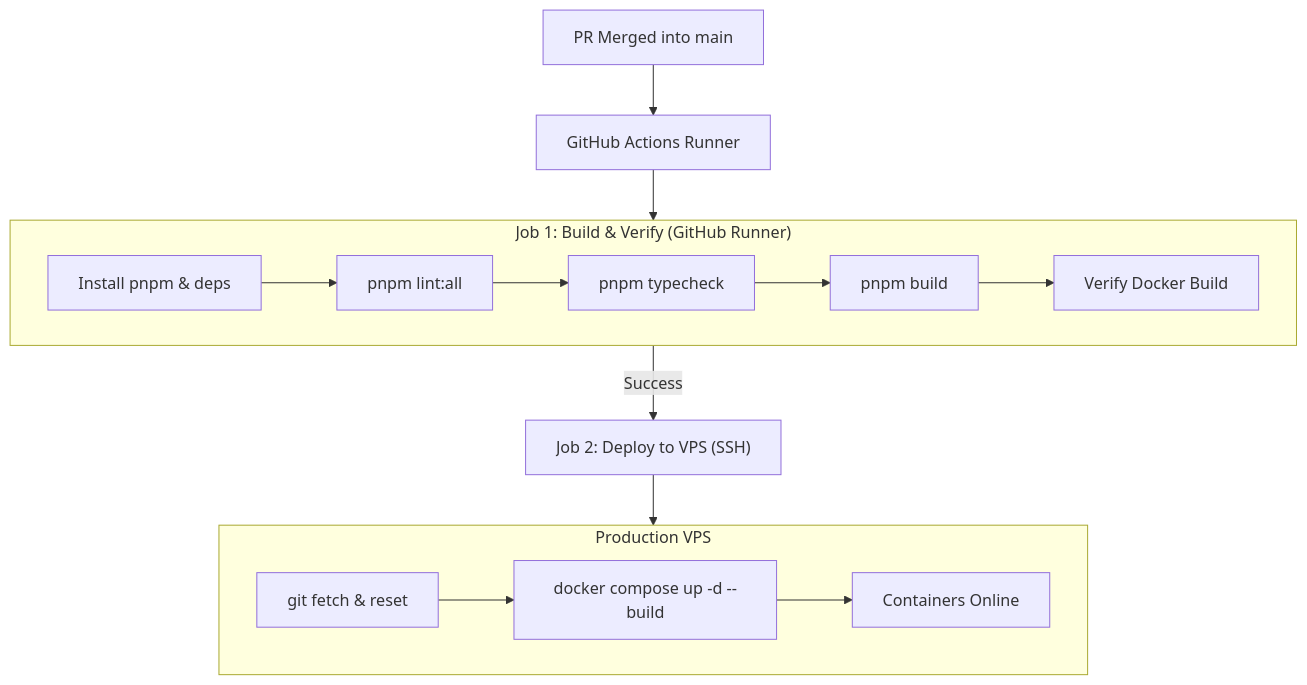
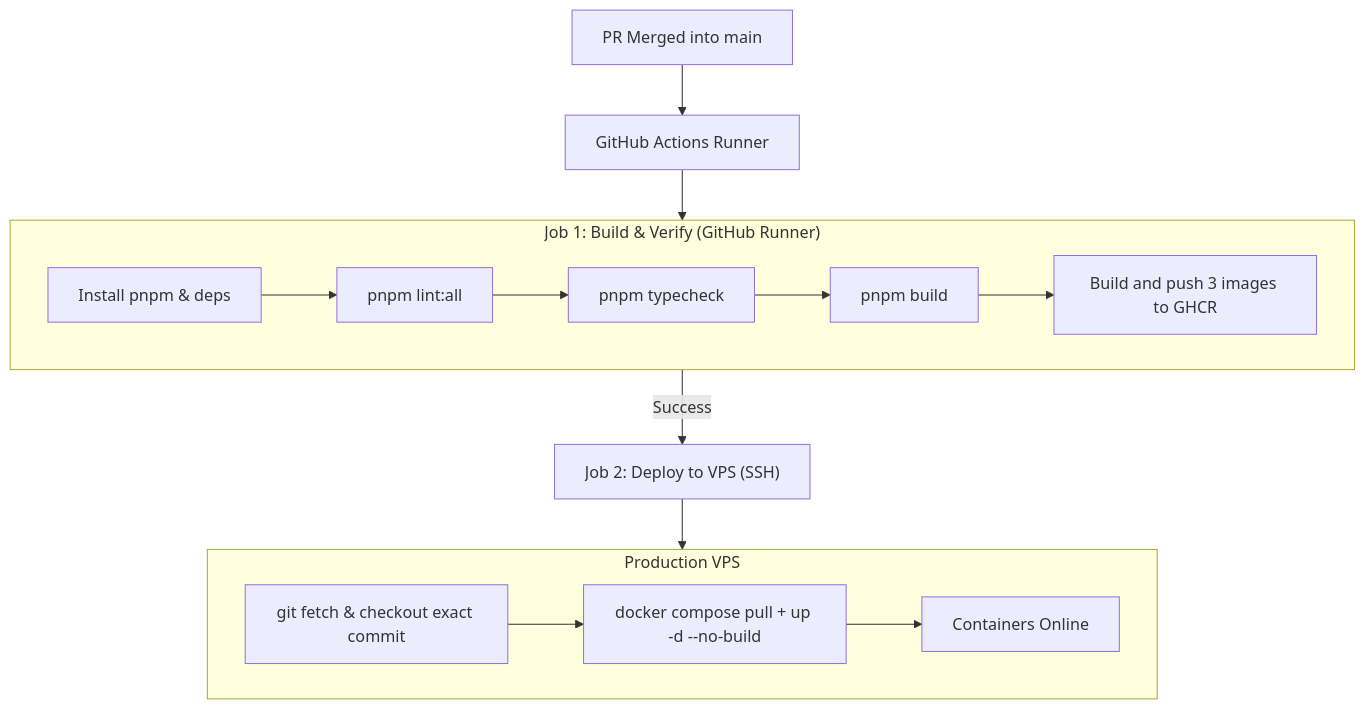
The diagram in docs/4.deployment-guide.md (electro-commerce/oneselfbd), drawn with Mermaid before and after one commit. The commit also changed other lines of this file and 1 other file, not shown here.

Commit message:
docs(deploy): document GHCR images and build-time configuration

````diff
--- a/docs/4.deployment-guide.md
+++ b/docs/4.deployment-guide.md
@@ -11,21 +11,21 @@
 ```mermaid
 flowchart TD
     PR["PR Merged into main"] --> GHA["GitHub Actions Runner"]
     
     subgraph Build ["Job 1: Build & Verify (GitHub Runner)"]
         Deps["Install pnpm & deps"] --> Lint["pnpm lint:all"]
         Lint --> Typecheck["pnpm typecheck"]
         Typecheck --> BuildApp["pnpm build"]
-        BuildApp --> VerifyDocker["Verify Docker Build"]
+        BuildApp --> VerifyDocker["Build and push 3 images to GHCR"]
     end
     
     GHA --> Build
     Build -->|Success| Deploy["Job 2: Deploy to VPS (SSH)"]
     
     subgraph VPS ["Production VPS"]
-        GitPull["git fetch & reset"] --> DockerCompose["docker compose up -d --build"]
+        GitPull["git fetch & checkout exact commit"] --> DockerCompose["docker compose pull + up -d --no-build"]
         DockerCompose --> HealthCheck["Containers Online"]
     end
     
     Deploy --> VPS
 ```
````
